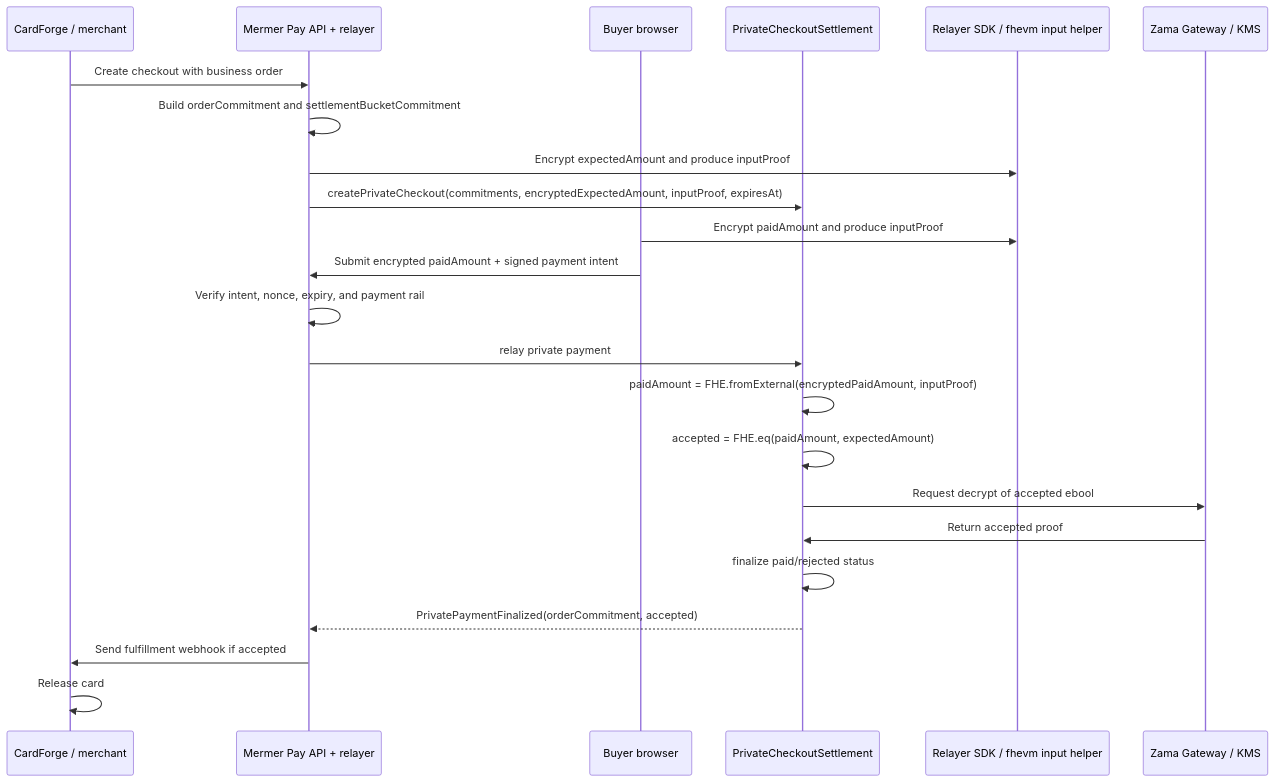
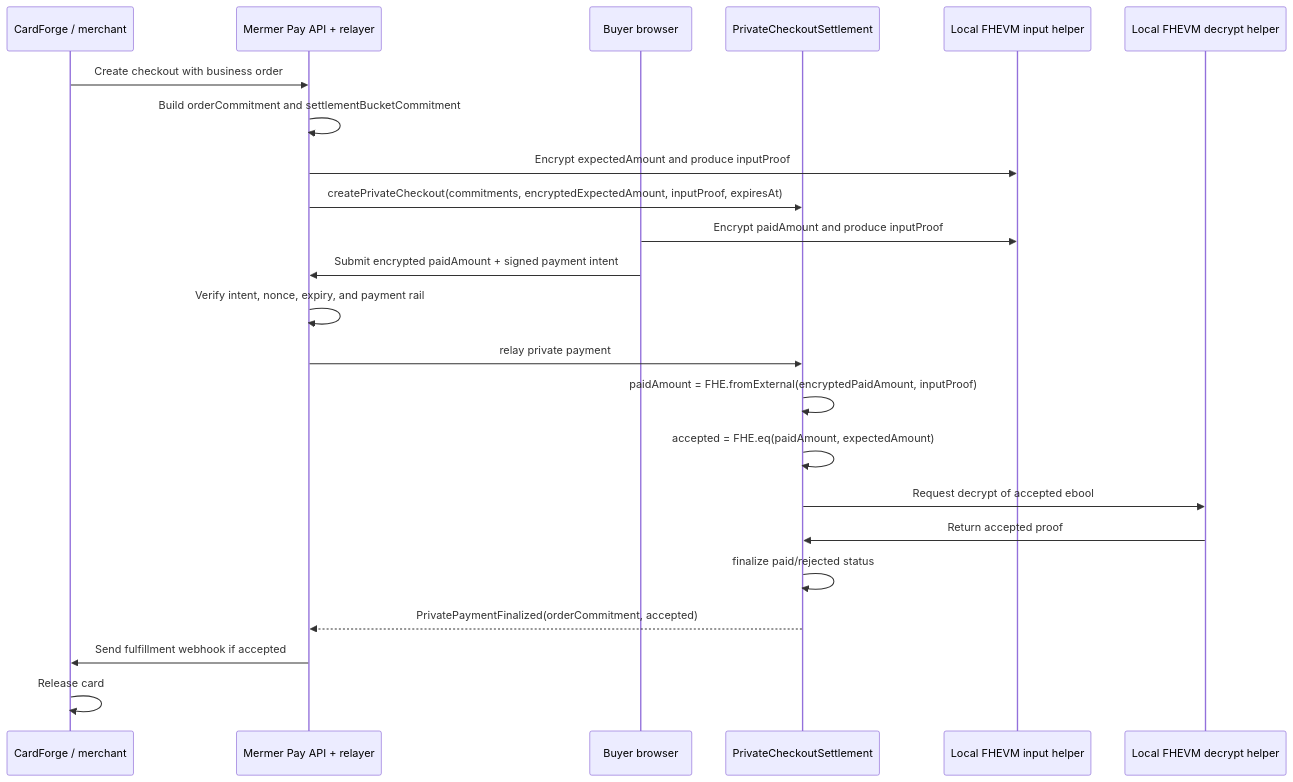
One commit to hanbu97/zamapay changed the second of 2 diagrams in docs/runbooks/private-checkout-v1.md. Above: the diagram before and after it, drawn with Mermaid. The commit also changed other lines of this file and 70 other files, not shown here.

````diff
--- a/docs/runbooks/private-checkout-v1.md
+++ b/docs/runbooks/private-checkout-v1.md
@@ -263,26 +263,26 @@
 ```mermaid
 sequenceDiagram
     participant CF as CardForge / merchant
     participant MP as Mermer Pay API + relayer
     participant B as Buyer browser
     participant C as PrivateCheckoutSettlement
-    participant R as Relayer SDK / fhevm input helper
-    participant Z as Zama Gateway / KMS
+    participant R as Local FHEVM input helper
+    participant Z as Local FHEVM decrypt helper
 
     CF->>MP: Create checkout with business order
     MP->>MP: Build orderCommitment and settlementBucketCommitment
     MP->>R: Encrypt expectedAmount and produce inputProof
     MP->>C: createPrivateCheckout(commitments, encryptedExpectedAmount, inputProof, expiresAt)
     B->>R: Encrypt paidAmount and produce inputProof
     B->>MP: Submit encrypted paidAmount + signed payment intent
     MP->>MP: Verify intent, nonce, expiry, and payment rail
     MP->>C: relay private payment
     C->>C: paidAmount = FHE.fromExternal(encryptedPaidAmount, inputProof)
     C->>C: accepted = FHE.eq(paidAmount, expectedAmount)
     C->>Z: Request decrypt of accepted ebool
     Z->>C: Return accepted proof
     C->>C: finalize paid/rejected status
     C-->>MP: PrivatePaymentFinalized(orderCommitment, accepted)
     MP->>CF: Send fulfillment webhook if accepted
     CF->>CF: Release card
 ```
````
